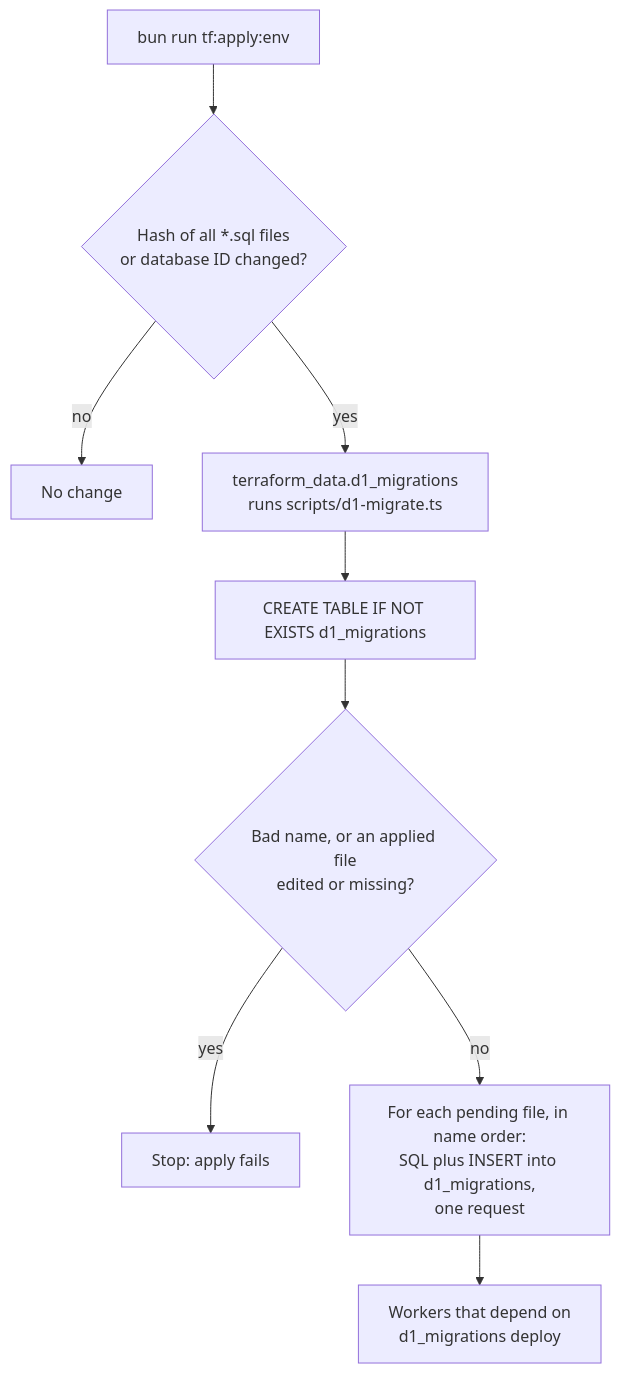
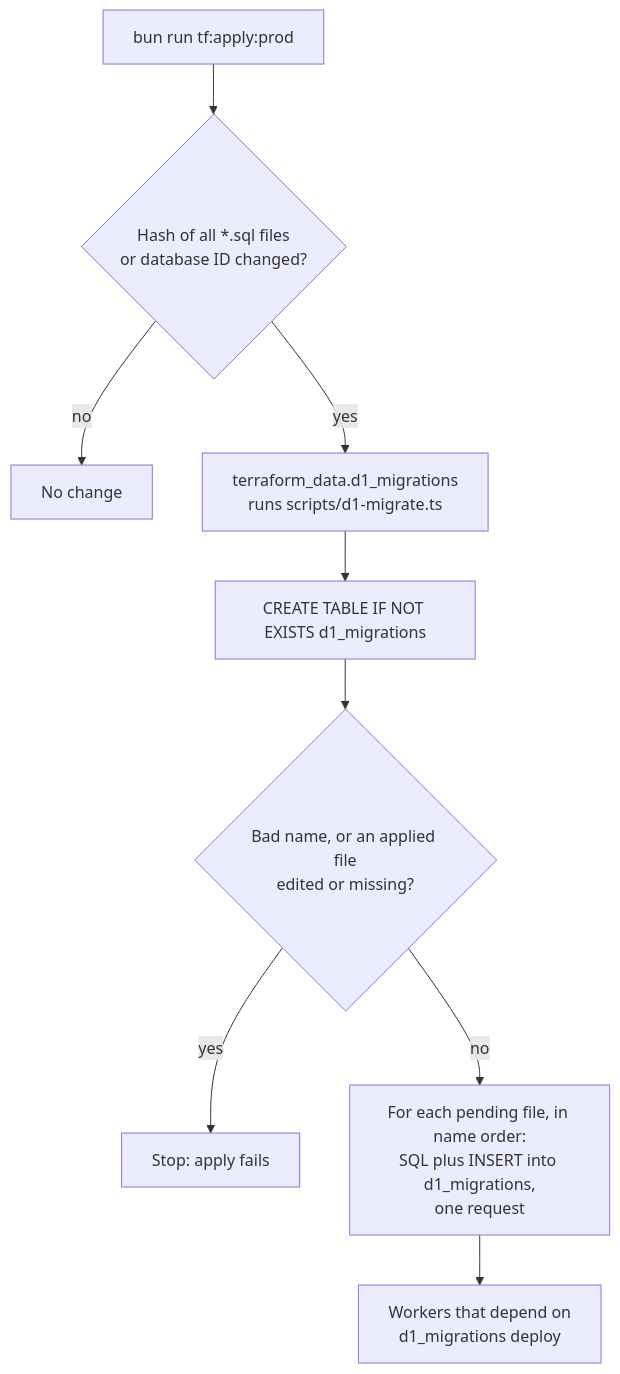
Before and after one commit to nsudhanva/rhumbatron: the diagram in migrations/d1/README.md, drawn with Mermaid. The commit also changed other lines of this file and 50 other files, not shown here.

````diff
--- a/migrations/d1/README.md
+++ b/migrations/d1/README.md
@@ -20,11 +20,11 @@
 ```mermaid
 flowchart TD
-  A["bun run tf:apply:env"] --> H{"Hash of all *.sql files<br/>or database ID changed?"}
+  A["bun run tf:apply:prod"] --> H{"Hash of all *.sql files<br/>or database ID changed?"}
   H -- no --> N["No change"]
   H -- yes --> S["terraform_data.d1_migrations<br/>runs scripts/d1-migrate.ts"]
   S --> T["CREATE TABLE IF NOT EXISTS d1_migrations"]
   T --> P{"Bad name, or an applied file<br/>edited or missing?"}
   P -- yes --> F["Stop: apply fails"]
   P -- no --> L["For each pending file, in name order:<br/>SQL plus INSERT into d1_migrations,<br/>one request"]
   L --> W["Workers that depend on<br/>d1_migrations deploy"]
 ```
````
